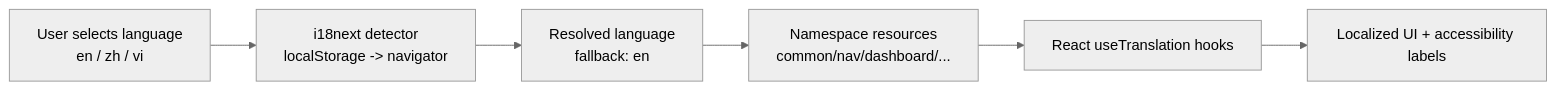
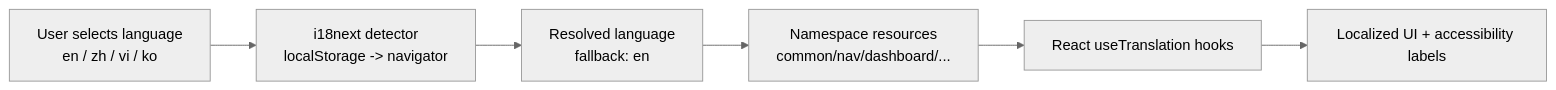
One commit to quxiucheng/Claude-Code-Agent-Monitor changed the second of 25 diagrams in README-VN.md. Above: the diagram before and after it, drawn with Mermaid (neutral theme). The commit also changed other lines of this file and 16 other files, not shown here.

````diff
--- a/README-VN.md
+++ b/README-VN.md
@@ -139,8 +139,8 @@
 ```mermaid
 flowchart LR
-    A["User selects language<br/>en / zh / vi"] --> B["i18next detector<br/>localStorage -> navigator"]
+    A["User selects language<br/>en / zh / vi / ko"] --> B["i18next detector<br/>localStorage -> navigator"]
     B --> C["Resolved language<br/>fallback: en"]
     C --> D["Namespace resources<br/>common/nav/dashboard/..."]
     D --> E["React useTranslation hooks"]
     E --> F["Localized UI + accessibility labels"]
 ```
````
